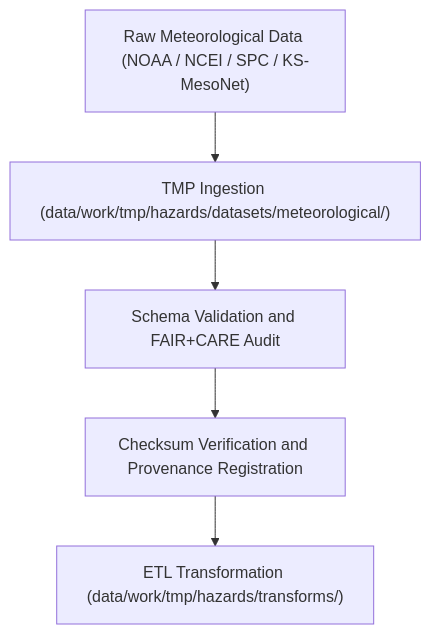
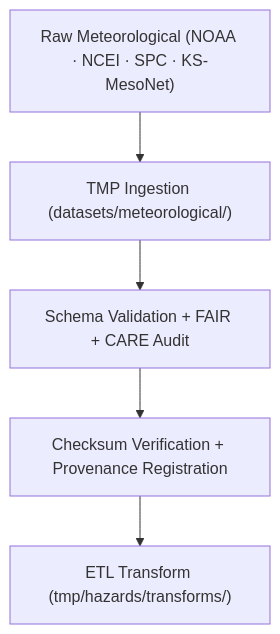
Before and after one commit to bartytime4life/Kansas-Frontier-Matrix: the diagram in data/work/tmp/hazards/datasets/meteorological/README.md, drawn with Mermaid. The commit also changed other lines of this file, not shown here.

````diff
--- a/data/work/tmp/hazards/datasets/meteorological/README.md
+++ b/data/work/tmp/hazards/datasets/meteorological/README.md
@@ -64,7 +65,7 @@
 ```mermaid
 flowchart TD
-    A["Raw Meteorological Data (NOAA / NCEI / SPC / KS-MesoNet)"] --> B["TMP Ingestion (data/work/tmp/hazards/datasets/meteorological/)"]
-    B --> C["Schema Validation and FAIR+CARE Audit"]
-    C --> D["Checksum Verification and Provenance Registration"]
-    D --> E["ETL Transformation (data/work/tmp/hazards/transforms/)"]
+    A["Raw Meteorological (NOAA · NCEI · SPC · KS-MesoNet)"] --> B["TMP Ingestion (datasets/meteorological/)"]
+    B --> C["Schema Validation + FAIR + CARE Audit"]
+    C --> D["Checksum Verification + Provenance Registration"]
+    D --> E["ETL Transform (tmp/hazards/transforms/)"]
 ```
````
